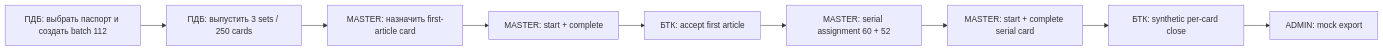
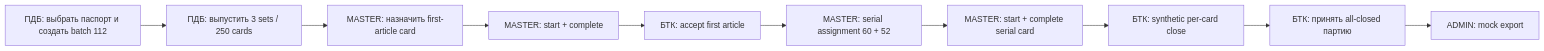
One commit to AI-shoks/WorkCard-Lifecycle changed the first of 3 diagrams in WorkCard-Lifecycle/docs/ux/user-flows.md. Above: the diagram before and after it, drawn with Mermaid. The commit also changed other lines of this file and 30 other files, not shown here.

````diff
--- a/WorkCard-Lifecycle/docs/ux/user-flows.md
+++ b/WorkCard-Lifecycle/docs/ux/user-flows.md
@@ -17,11 +17,12 @@
 ```mermaid
 flowchart LR
     P1["ПДБ: выбрать паспорт и создать batch 112"] --> P2["ПДБ: выпустить 3 sets / 250 cards"]
     P2 --> M1["MASTER: назначить first-article card"]
     M1 --> M2["MASTER: start + complete"]
     M2 --> Q1["БТК: accept first article"]
     Q1 --> M3["MASTER: serial assignment 60 + 52"]
     M3 --> M4["MASTER: start + complete serial card"]
     M4 --> Q2["БТК: synthetic per-card close"]
-    Q2 --> A1["ADMIN: mock export"]
+    Q2 --> Q3["БТК: принять all-closed партию"]
+    Q3 --> A1["ADMIN: mock export"]
 ```
````
